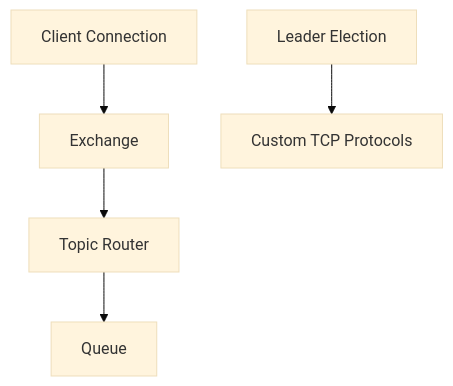
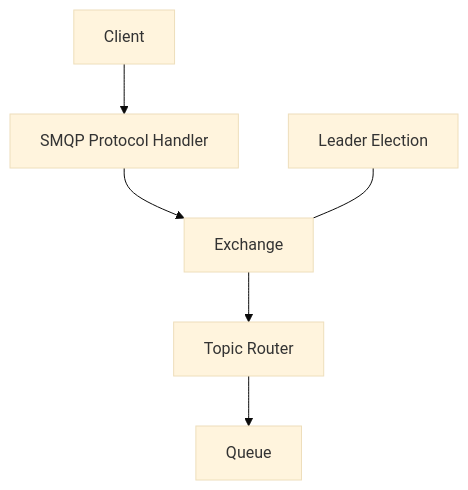
One commit to AlexanderT02/broker-leader-election changed the second of 3 diagrams in README.md. Above: the diagram before and after it, drawn with Mermaid (base theme). The commit also changed other lines of this file, not shown here.

````diff
--- a/README.md
+++ b/README.md
@@ -60,15 +60,20 @@
 ``` mermaid
 flowchart TB
-    Client[Client Connection]
-    Exchange[Exchange]
-    Router[Topic Router]
-    Queue[Queue]
-    Election[Leader Election]
-    Protocol[Custom TCP Protocols]
 
-    Client --> Exchange
-    Exchange --> Router
-    Router --> Queue
+Client[Client]
 
-    Election --> Protocol
+SMQP[SMQP Protocol Handler]
+
+Exchange[Exchange]
+Router[Topic Router]
+Queue[Queue]
+
+Election[Leader Election]
+
+Client --> SMQP
+SMQP --> Exchange
+Exchange --> Router
+Router --> Queue
+
+Election --- Exchange
 ```
````
